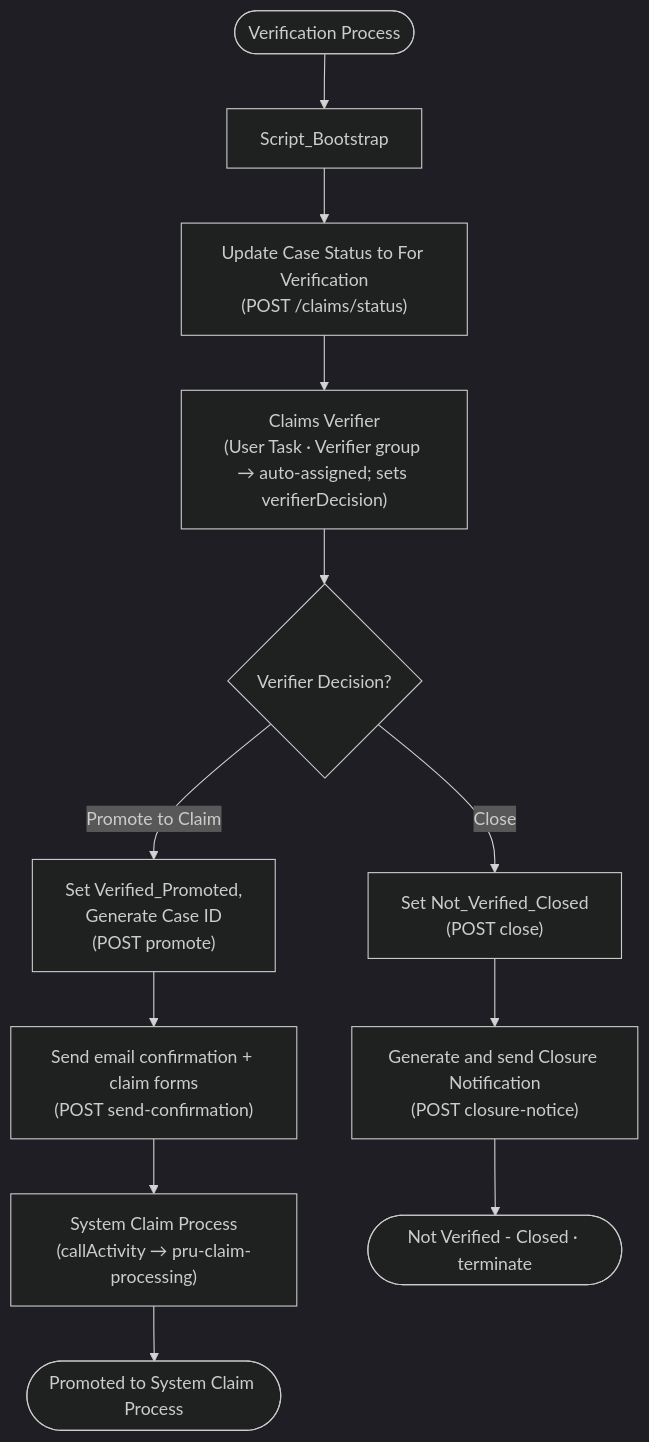
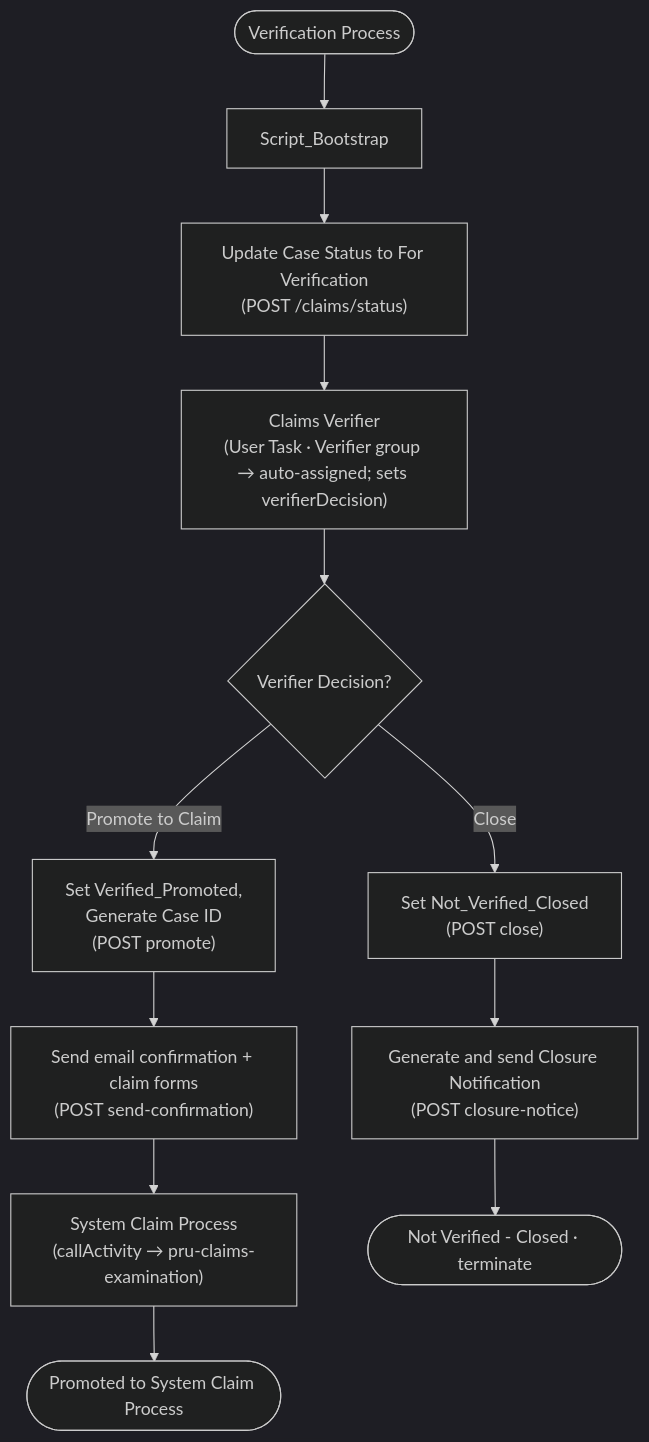
Before and after one commit to Avinashkumar8694/prudential-claims-bpm: the second of 2 diagrams in docs/pru_claim_verification_solution.md, drawn with Mermaid (dark theme). The commit also changed other lines of this file and 7 other files, not shown here.

Commit message:
feat: renamed pru-claims-processing to pru-claims-examination

````diff
--- a/docs/pru_claim_verification_solution.md
+++ b/docs/pru_claim_verification_solution.md
@@ -92,16 +92,16 @@
 ```mermaid
 graph TD
     START([Verification Process]) --> BOOT[Script_Bootstrap]
     BOOT --> ST["Update Case Status to For Verification<br/>(POST /claims/status)"]
     ST --> DC["Claims Verifier<br/>(User Task · Verifier group → auto-assigned; sets verifierDecision)"]
     DC --> GW{Verifier Decision?}
 
     GW -- "Promote to Claim" --> PR["Set Verified_Promoted,<br/>Generate Case ID<br/>(POST promote)"]
     PR --> SC["Send email confirmation + claim forms<br/>(POST send-confirmation)"]
-    SC --> SYS["System Claim Process<br/>(callActivity → pru-claim-processing)"]
+    SC --> SYS["System Claim Process<br/>(callActivity → pru-claims-examination)"]
     SYS --> EP([Promoted to System Claim Process])
 
     GW -- "Close" --> CL["Set Not_Verified_Closed<br/>(POST close)"]
     CL --> CN["Generate and send Closure Notification<br/>(POST closure-notice)"]
     CN --> EC([Not Verified - Closed · terminate])
 ```
````
